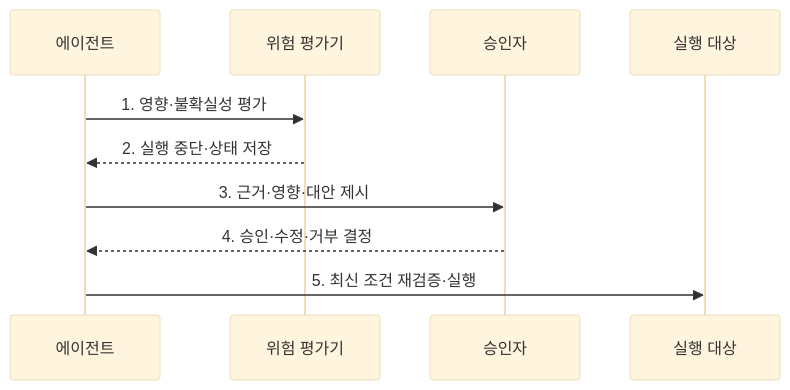
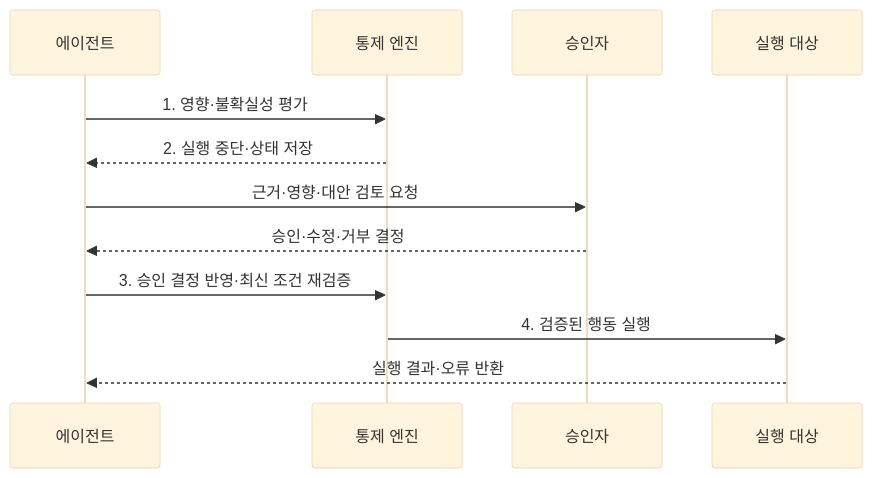
Before and after one commit to agnusdei1207/knowledge-base: the second of 2 diagrams in src/content/docs/notes/08-latest-tech/019_human_in_the_loop_agent.md, drawn with Mermaid (base theme). The commit also changed other lines of this file and 225 other files, not shown here.

````diff
--- a/src/content/docs/notes/08-latest-tech/019_human_in_the_loop_agent.md
+++ b/src/content/docs/notes/08-latest-tech/019_human_in_the_loop_agent.md
@@ -76,12 +76,14 @@
 ```mermaid
 sequenceDiagram
     participant A as 에이전트
-    participant R as 위험 평가기
+    participant R as 통제 엔진
     participant H as 승인자
     participant T as 실행 대상
     A->>R: 1. 영향·불확실성 평가
     R-->>A: 2. 실행 중단·상태 저장
-    A->>H: 3. 근거·영향·대안 제시
-    H-->>A: 4. 승인·수정·거부 결정
-    A->>T: 5. 최신 조건 재검증·실행
+    A->>H: 근거·영향·대안 검토 요청
+    H-->>A: 승인·수정·거부 결정
+    A->>R: 3. 승인 결정 반영·최신 조건 재검증
+    R->>T: 4. 검증된 행동 실행
+    T-->>A: 실행 결과·오류 반환
 ```
````
